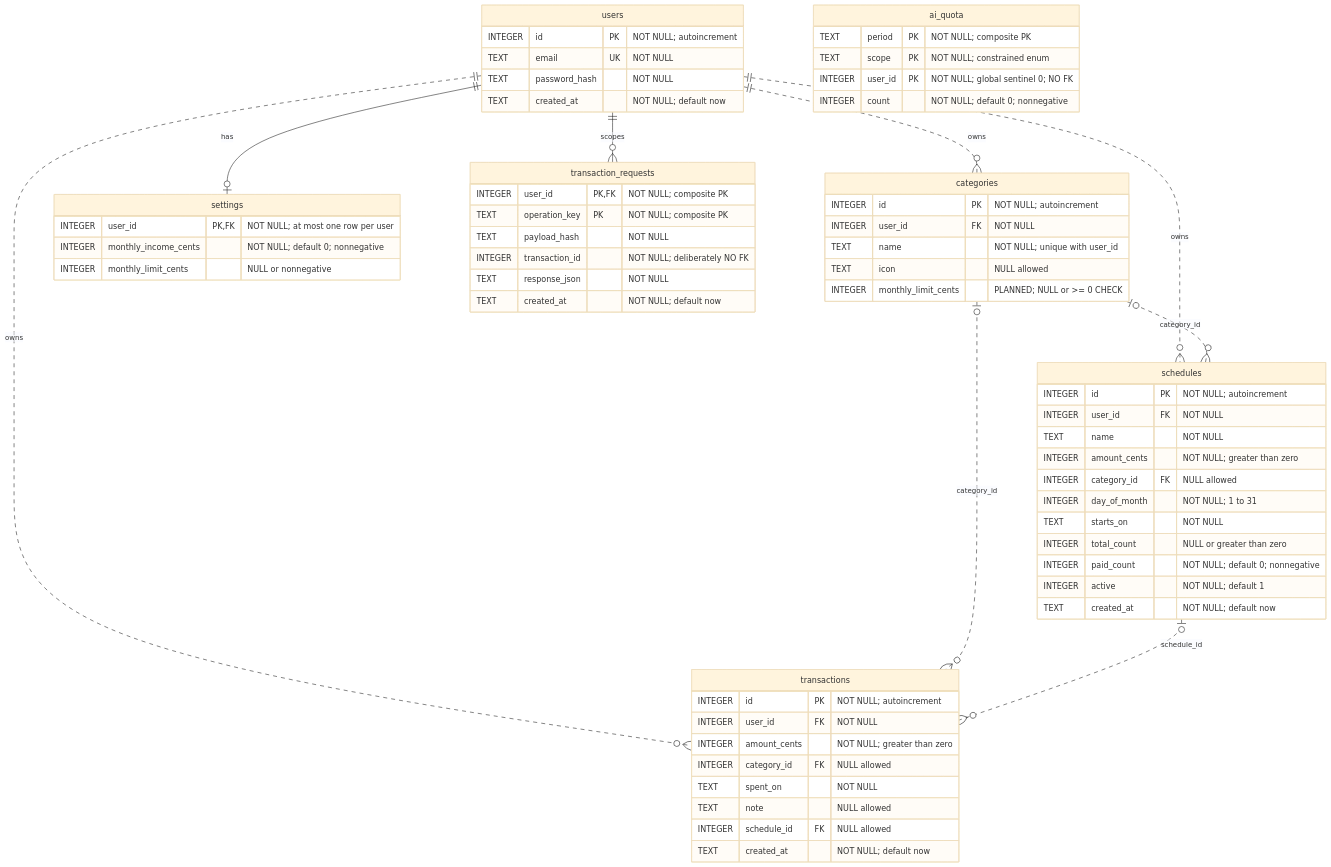
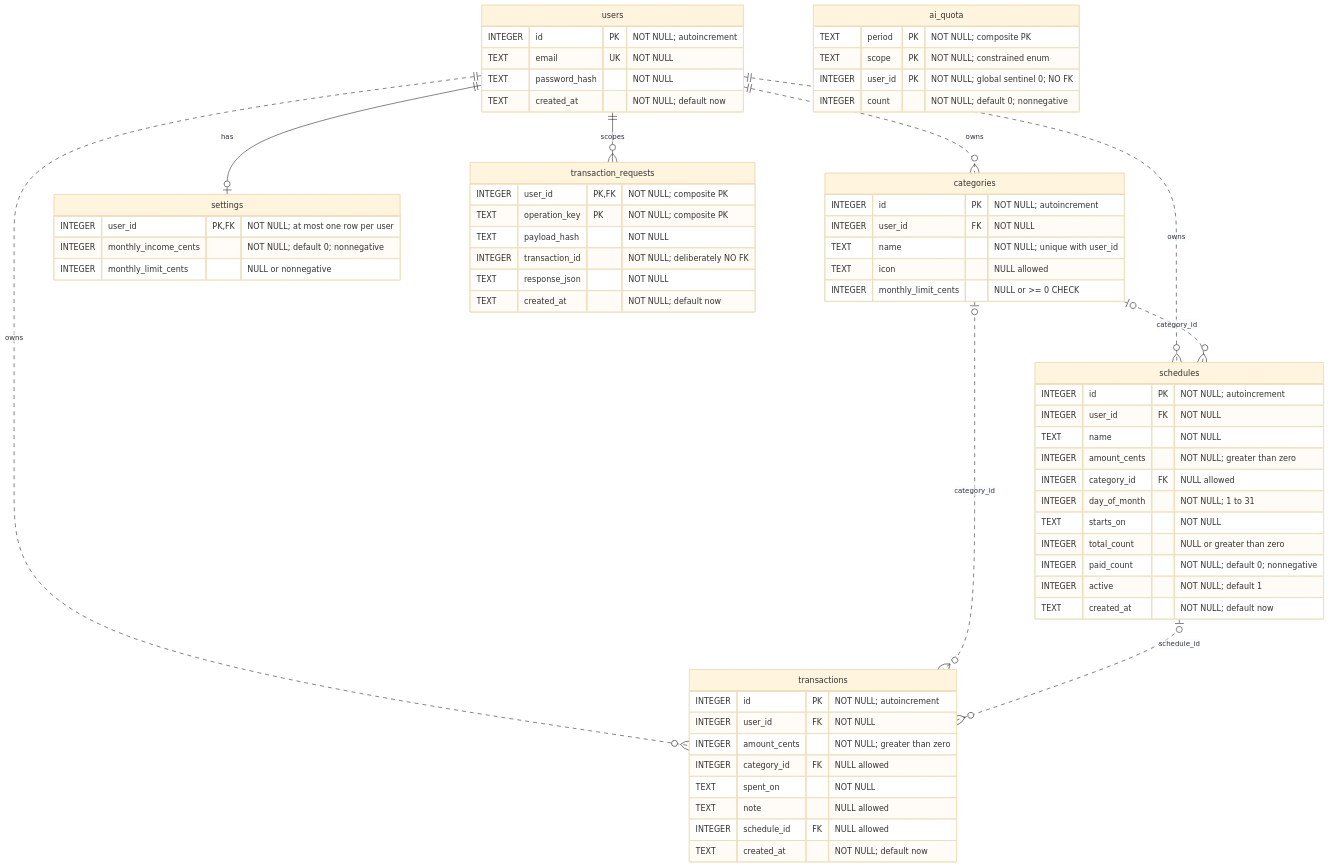
The diagram in docs/analysis/database.md (DaniilBehus/wallet-tracker), drawn with Mermaid (base theme) before and after one commit. The commit also changed other lines of this file and 34 other files, not shown here.

````diff
--- a/docs/analysis/database.md
+++ b/docs/analysis/database.md
@@ -17,66 +16,66 @@
 ```mermaid
 erDiagram
     users ||..o{ categories : owns
     users ||..o{ schedules : owns
     users ||..o{ transactions : owns
     users ||--o| settings : has
     users ||--o{ transaction_requests : scopes
     categories |o..o{ schedules : category_id
     categories |o..o{ transactions : category_id
     schedules |o..o{ transactions : schedule_id
     users {
         INTEGER id PK "NOT NULL; autoincrement"
         TEXT email UK "NOT NULL"
         TEXT password_hash "NOT NULL"
         TEXT created_at "NOT NULL; default now"
     }
     categories {
         INTEGER id PK "NOT NULL; autoincrement"
         INTEGER user_id FK "NOT NULL"
         TEXT name "NOT NULL; unique with user_id"
         TEXT icon "NULL allowed"
-        INTEGER monthly_limit_cents "PLANNED; NULL or >= 0 CHECK"
+        INTEGER monthly_limit_cents "NULL or >= 0 CHECK"
     }
     schedules {
         INTEGER id PK "NOT NULL; autoincrement"
         INTEGER user_id FK "NOT NULL"
         TEXT name "NOT NULL"
         INTEGER amount_cents "NOT NULL; greater than zero"
         INTEGER category_id FK "NULL allowed"
         INTEGER day_of_month "NOT NULL; 1 to 31"
         TEXT starts_on "NOT NULL"
         INTEGER total_count "NULL or greater than zero"
         INTEGER paid_count "NOT NULL; default 0; nonnegative"
         INTEGER active "NOT NULL; default 1"
         TEXT created_at "NOT NULL; default now"
     }
     transactions {
         INTEGER id PK "NOT NULL; autoincrement"
         INTEGER user_id FK "NOT NULL"
         INTEGER amount_cents "NOT NULL; greater than zero"
         INTEGER category_id FK "NULL allowed"
         TEXT spent_on "NOT NULL"
         TEXT note "NULL allowed"
         INTEGER schedule_id FK "NULL allowed"
         TEXT created_at "NOT NULL; default now"
     }
     settings {
         INTEGER user_id PK,FK "NOT NULL; at most one row per user"
         INTEGER monthly_income_cents "NOT NULL; default 0; nonnegative"
         INTEGER monthly_limit_cents "NULL or nonnegative"
     }
     transaction_requests {
         INTEGER user_id PK,FK "NOT NULL; composite PK"
         TEXT operation_key PK "NOT NULL; composite PK"
         TEXT payload_hash "NOT NULL"
         INTEGER transaction_id "NOT NULL; deliberately NO FK"
         TEXT response_json "NOT NULL"
         TEXT created_at "NOT NULL; default now"
     }
     ai_quota {
         TEXT period PK "NOT NULL; composite PK"
         TEXT scope PK "NOT NULL; constrained enum"
         INTEGER user_id PK "NOT NULL; global sentinel 0; NO FK"
         INTEGER count "NOT NULL; default 0; nonnegative"
     }
 ```
````
